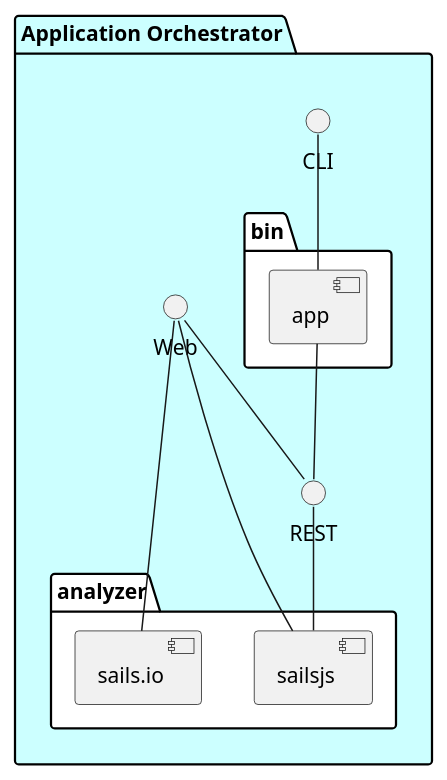
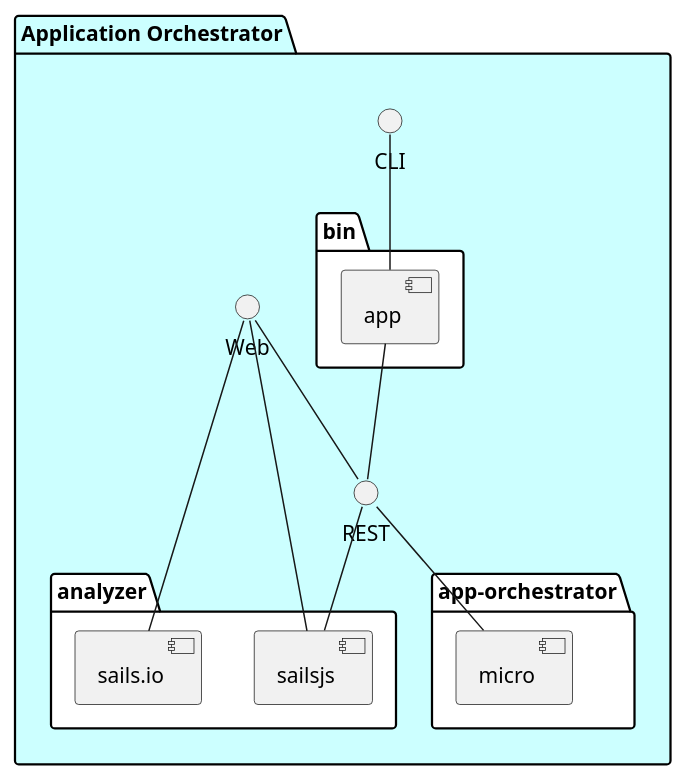
Before and after one commit to CAADE/C3: the diagram in docs/Solution/Application-Orchestrator/Physical.puml, drawn with PlantUML. The commit also changed 158 other files, not shown here.

```diff
--- a/docs/Solution/Application-Orchestrator/Physical.puml
+++ b/docs/Solution/Application-Orchestrator/Physical.puml
@@ -1,21 +1,25 @@
 @startuml
 package "Application Orchestrator" #ccffff {
     interface CLI
     interface Web
     interface REST
     folder analyzer #ffffff {
         component sailsjs
         component sails.io
     }
     folder bin #ffffff {
       component app
     }
+    folder "app-orchestrator" #ffffff {
+      component micro
+    }
 }
 CLI -- app
 app -- REST
 Web -- sailsjs
 Web -- REST
 REST -- sailsjs
+Web -- sails.io
+REST -- micro
 
-Web -- sails.io
 @enduml
```
